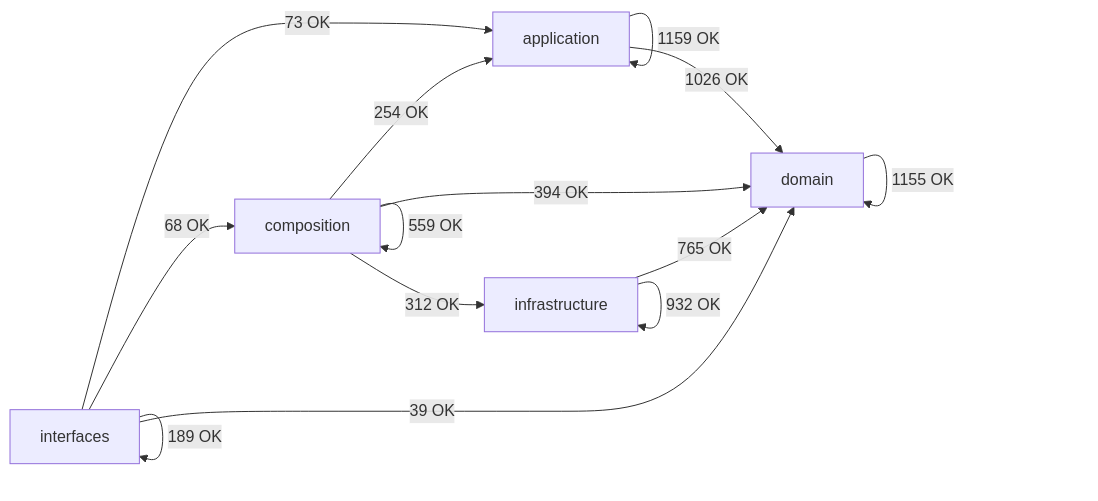
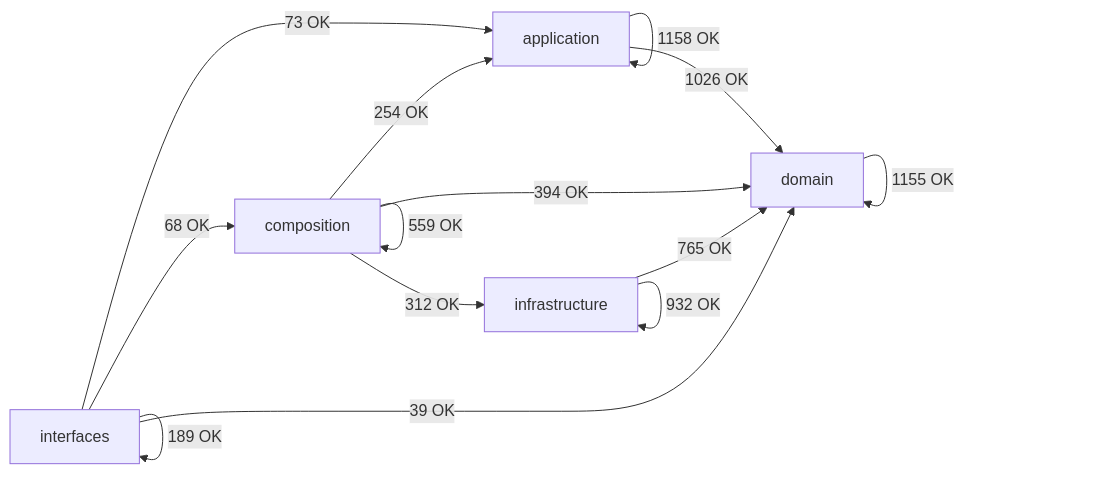
One commit to SatoryKono/BioactivityDataAcquisition changed the diagram in docs/02-architecture/generated/module-dependency-map.md. Above: the diagram before and after it, drawn with Mermaid. The commit also changed other lines of this file and 28 other files, not shown here.

````diff
--- a/docs/02-architecture/generated/module-dependency-map.md
+++ b/docs/02-architecture/generated/module-dependency-map.md
@@ -17,21 +17,21 @@
 ```mermaid
 flowchart LR
     domain[domain]
     application[application]
     infrastructure[infrastructure]
     composition[composition]
     interfaces[interfaces]
-    application -->|1159 OK| application
+    application -->|1158 OK| application
     application -->|1026 OK| domain
     composition -->|254 OK| application
     composition -->|559 OK| composition
     composition -->|394 OK| domain
     composition -->|312 OK| infrastructure
     domain -->|1155 OK| domain
     infrastructure -->|765 OK| domain
     infrastructure -->|932 OK| infrastructure
     interfaces -->|73 OK| application
     interfaces -->|68 OK| composition
     interfaces -->|39 OK| domain
     interfaces -->|189 OK| interfaces
 ```
````
